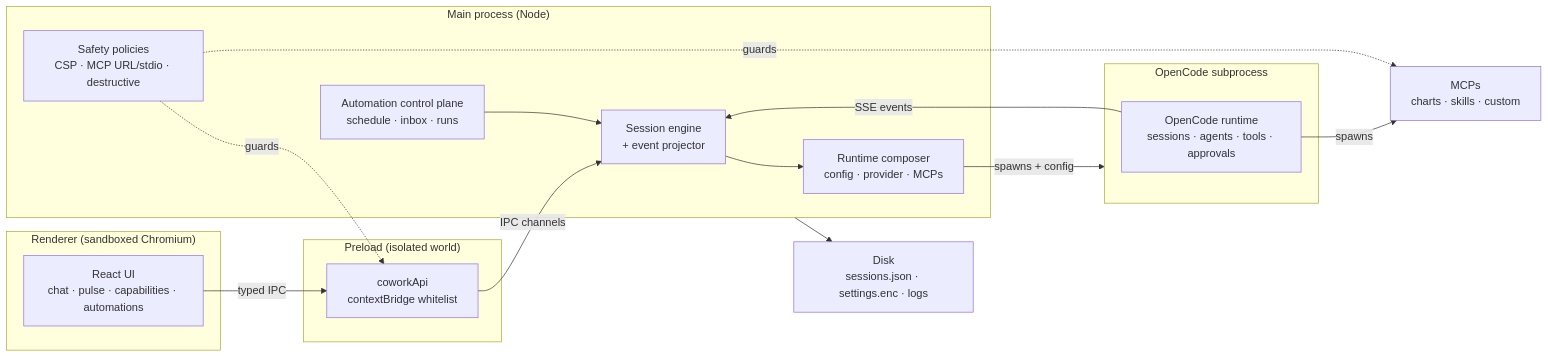
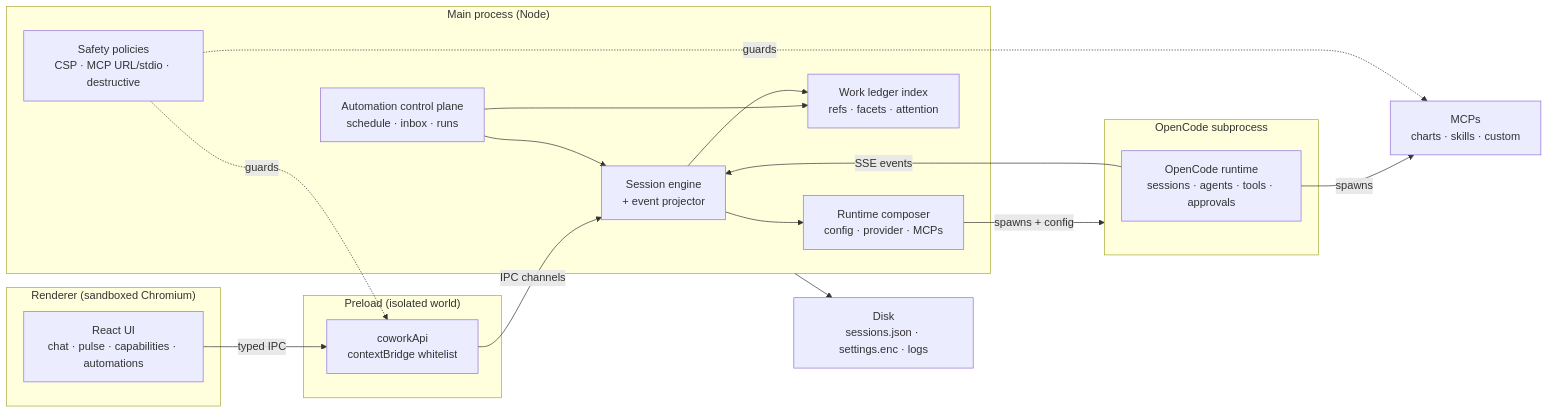
Before and after one commit to joe-broadhead/open-cowork: the diagram in docs/architecture.md, drawn with Mermaid. The commit also changed other lines of this file and 19 other files, not shown here.

First line of the commit message:
Add gated work ledger projection

````diff
--- a/docs/architecture.md
+++ b/docs/architecture.md
@@ -16,35 +16,38 @@
 ```mermaid
 flowchart LR
     subgraph Renderer["Renderer (sandboxed Chromium)"]
         UI["React UI<br/>chat · pulse · capabilities · automations"]
     end
 
     subgraph Preload["Preload (isolated world)"]
         Bridge["coworkApi<br/>contextBridge whitelist"]
     end
 
     subgraph Main["Main process (Node)"]
         Engine["Session engine<br/>+ event projector"]
         Runtime["Runtime composer<br/>config · provider · MCPs"]
         Auto["Automation control plane<br/>schedule · inbox · runs"]
+        Ledger["Work ledger index<br/>refs · facets · attention"]
         Policy["Safety policies<br/>CSP · MCP URL/stdio · destructive"]
     end
 
     subgraph OC["OpenCode subprocess"]
         OCRT["OpenCode runtime<br/>sessions · agents · tools · approvals"]
     end
 
     MCPs["MCPs<br/>charts · skills · custom"]
     Disk["Disk<br/>sessions.json · settings.enc · logs"]
 
     UI -->|typed IPC| Bridge
     Bridge -->|IPC channels| Engine
     Engine --> Runtime
     Runtime -->|spawns + config| OC
     OCRT -->|SSE events| Engine
     OCRT -->|spawns| MCPs
     Auto --> Engine
+    Auto --> Ledger
+    Engine --> Ledger
     Main --> Disk
     Policy -.guards.-> Bridge
     Policy -.guards.-> MCPs
 ```
````
